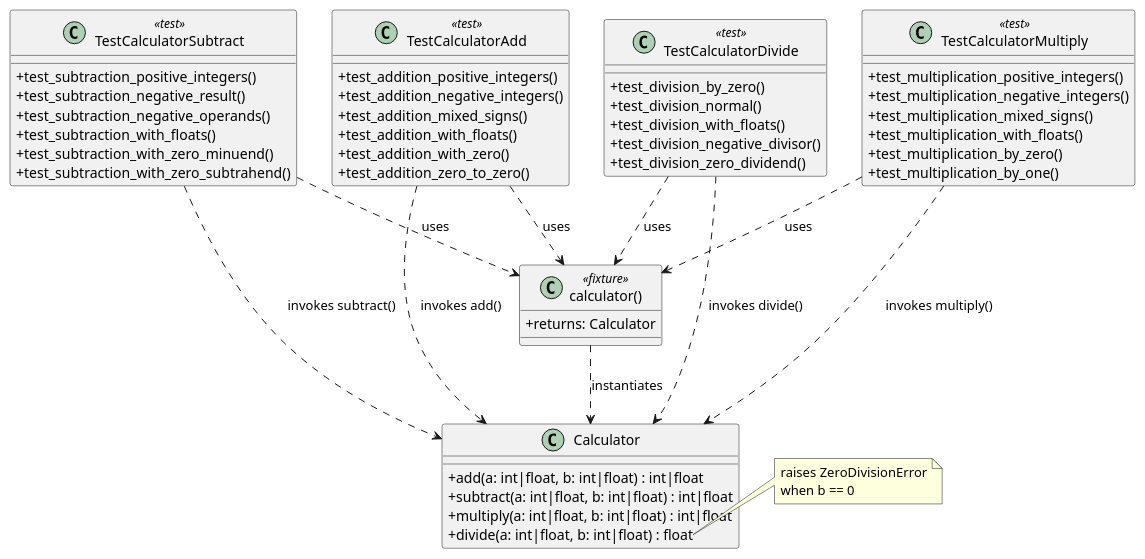
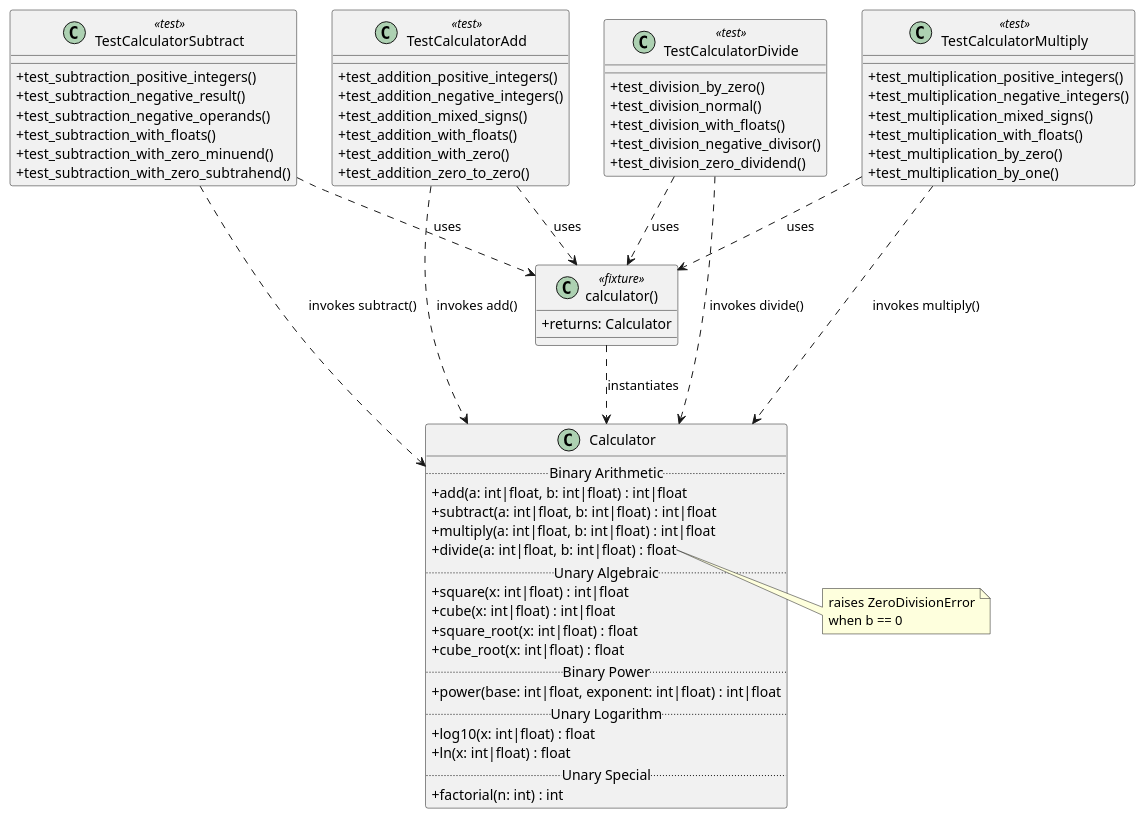
One commit to DanielRiha8906/Calculator_bachelor_autoevolution_team changed the diagram in artifacts/class_diagram.puml. Above: the diagram before and after it, drawn with PlantUML. The commit also changed 4 other files, not shown here.

Commit message:
update PlantUML diagrams for advanced operations (issue #381)

```diff
--- a/artifacts/class_diagram.puml
+++ b/artifacts/class_diagram.puml
@@ -1,68 +1,81 @@
 @startuml class_diagram
 
 skinparam classAttributeIconSize 0
 
 class Calculator {
+    .. Binary Arithmetic ..
     + add(a: int|float, b: int|float) : int|float
     + subtract(a: int|float, b: int|float) : int|float
     + multiply(a: int|float, b: int|float) : int|float
     + divide(a: int|float, b: int|float) : float
+    .. Unary Algebraic ..
+    + square(x: int|float) : int|float
+    + cube(x: int|float) : int|float
+    + square_root(x: int|float) : float
+    + cube_root(x: int|float) : float
+    .. Binary Power ..
+    + power(base: int|float, exponent: int|float) : int|float
+    .. Unary Logarithm ..
+    + log10(x: int|float) : float
+    + ln(x: int|float) : float
+    .. Unary Special ..
+    + factorial(n: int) : int
 }
 
 note right of Calculator::divide
   raises ZeroDivisionError
   when b == 0
 end note
 
 class "calculator()" as fixture <<fixture>> {
     + returns: Calculator
 }
 
 class TestCalculatorAdd <<test>> {
     + test_addition_positive_integers()
     + test_addition_negative_integers()
     + test_addition_mixed_signs()
     + test_addition_with_floats()
     + test_addition_with_zero()
     + test_addition_zero_to_zero()
 }
 
 class TestCalculatorSubtract <<test>> {
     + test_subtraction_positive_integers()
     + test_subtraction_negative_result()
     + test_subtraction_negative_operands()
     + test_subtraction_with_floats()
     + test_subtraction_with_zero_minuend()
     + test_subtraction_with_zero_subtrahend()
 }
 
 class TestCalculatorMultiply <<test>> {
     + test_multiplication_positive_integers()
     + test_multiplication_negative_integers()
     + test_multiplication_mixed_signs()
     + test_multiplication_with_floats()
     + test_multiplication_by_zero()
     + test_multiplication_by_one()
 }
 
 class TestCalculatorDivide <<test>> {
     + test_division_by_zero()
     + test_division_normal()
     + test_division_with_floats()
     + test_division_negative_divisor()
     + test_division_zero_dividend()
 }
 
 fixture ..> Calculator : instantiates
 
 TestCalculatorAdd ..> fixture : uses
 TestCalculatorSubtract ..> fixture : uses
 TestCalculatorMultiply ..> fixture : uses
 TestCalculatorDivide ..> fixture : uses
 
 TestCalculatorAdd ..> Calculator : invokes add()
 TestCalculatorSubtract ..> Calculator : invokes subtract()
 TestCalculatorMultiply ..> Calculator : invokes multiply()
 TestCalculatorDivide ..> Calculator : invokes divide()
 
 @enduml
```
